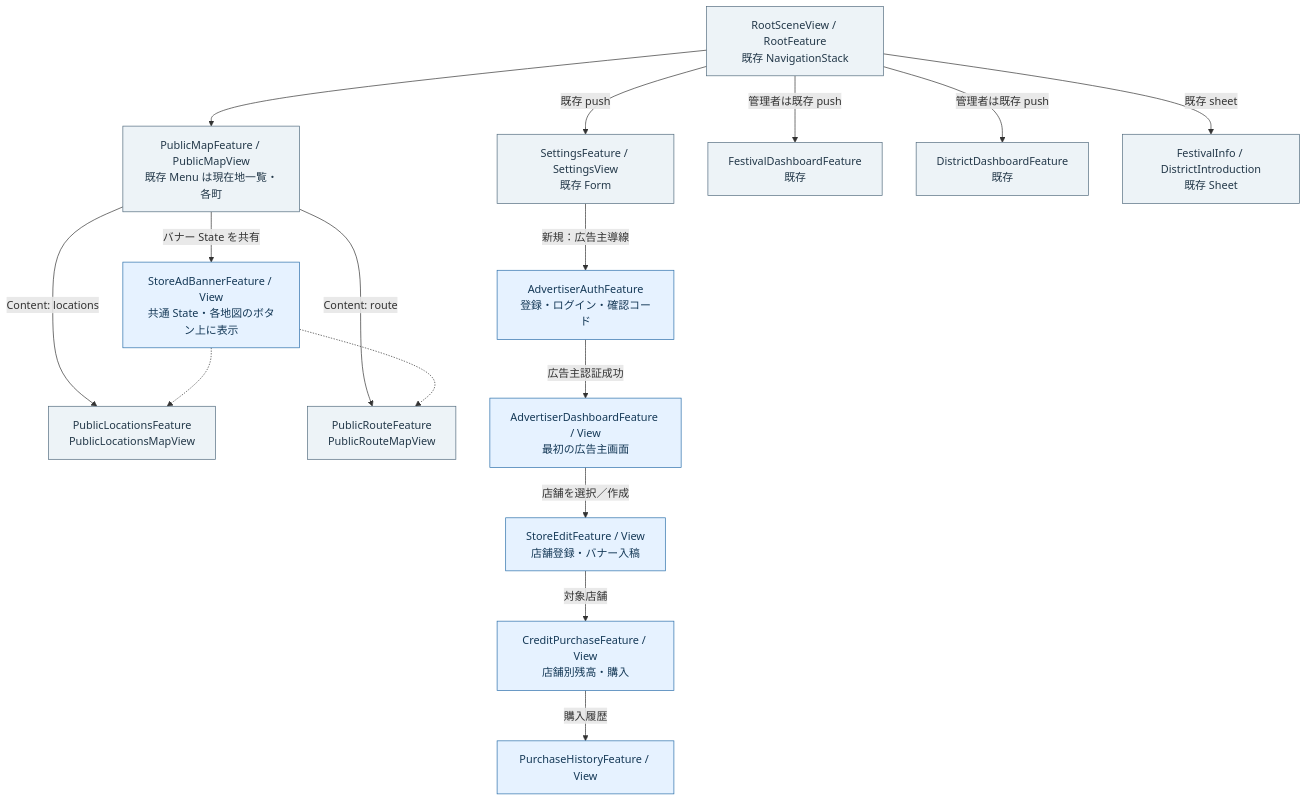
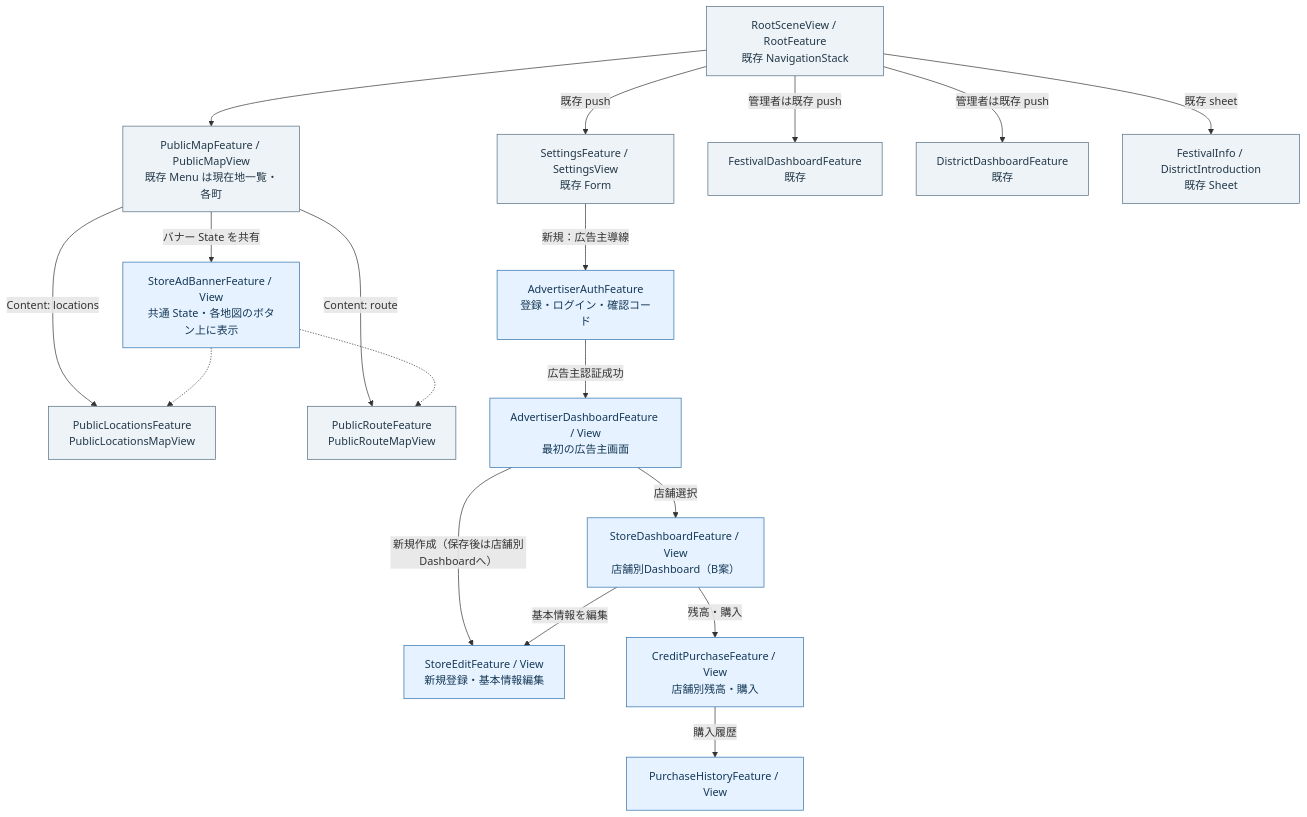
One commit to kmatsushita1012/MaTool changed the third of 6 diagrams in docs/projects/20261031_original_advertisement/ios-phase1.md. Above: the diagram before and after it, drawn with Mermaid. The commit also changed other lines of this file and 3 other files, not shown here.

````diff
--- a/docs/projects/20261031_original_advertisement/ios-phase1.md
+++ b/docs/projects/20261031_original_advertisement/ios-phase1.md
@@ -282,36 +281,39 @@
 ```mermaid
 flowchart TB
   Root["RootSceneView / RootFeature<br/>既存 NavigationStack"]
   Map["PublicMapFeature / PublicMapView<br/>既存 Menu は現在地一覧・各町"]
   Loc["PublicLocationsFeature<br/>PublicLocationsMapView"]
   Route["PublicRouteFeature<br/>PublicRouteMapView"]
   Banner["StoreAdBannerFeature / View<br/>共通 State・各地図のボタン上に表示"]
   Settings["SettingsFeature / SettingsView<br/>既存 Form"]
   Auth["AdvertiserAuthFeature<br/>登録・ログイン・確認コード"]
   Dashboard["AdvertiserDashboardFeature / View<br/>最初の広告主画面"]
-  Edit["StoreEditFeature / View<br/>店舗登録・バナー入稿"]
+  StoreDashboard["StoreDashboardFeature / View<br/>店舗別Dashboard（B案）"]
+  Edit["StoreEditFeature / View<br/>新規登録・基本情報編集"]
   Credit["CreditPurchaseFeature / View<br/>店舗別残高・購入"]
   History["PurchaseHistoryFeature / View"]
   Festival["FestivalDashboardFeature<br/>既存"]
   District["DistrictDashboardFeature<br/>既存"]
   Intro["FestivalInfo / DistrictIntroduction<br/>既存 Sheet"]
   Root --> Map
   Map -->|"Content: locations"| Loc
   Map -->|"Content: route"| Route
   Map -->|"バナー State を共有"| Banner
   Banner -.-> Loc
   Banner -.-> Route
   Root -->|"既存 push"| Settings
   Settings -->|"新規：広告主導線"| Auth
   Auth -->|"広告主認証成功"| Dashboard
-  Dashboard -->|"店舗を選択／作成"| Edit
-  Edit -->|"対象店舗"| Credit
+  Dashboard -->|"店舗選択"| StoreDashboard
+  Dashboard -->|"新規作成（保存後は店舗別Dashboardへ）"| Edit
+  StoreDashboard -->|"基本情報を編集"| Edit
+  StoreDashboard -->|"残高・購入"| Credit
   Credit -->|"購入履歴"| History
   Root -->|"管理者は既存 push"| Festival
   Root -->|"管理者は既存 push"| District
   Root -->|"既存 sheet"| Intro
   classDef existing fill:#edf3f7,stroke:#526b7e,color:#233849
   classDef added fill:#e6f2ff,stroke:#2b6faa,color:#153957
   class Root,Map,Loc,Route,Settings,Festival,District,Intro existing
-  class Banner,Auth,Dashboard,Edit,Credit,History added
+  class Banner,Auth,Dashboard,StoreDashboard,Edit,Credit,History added
 ```
````
